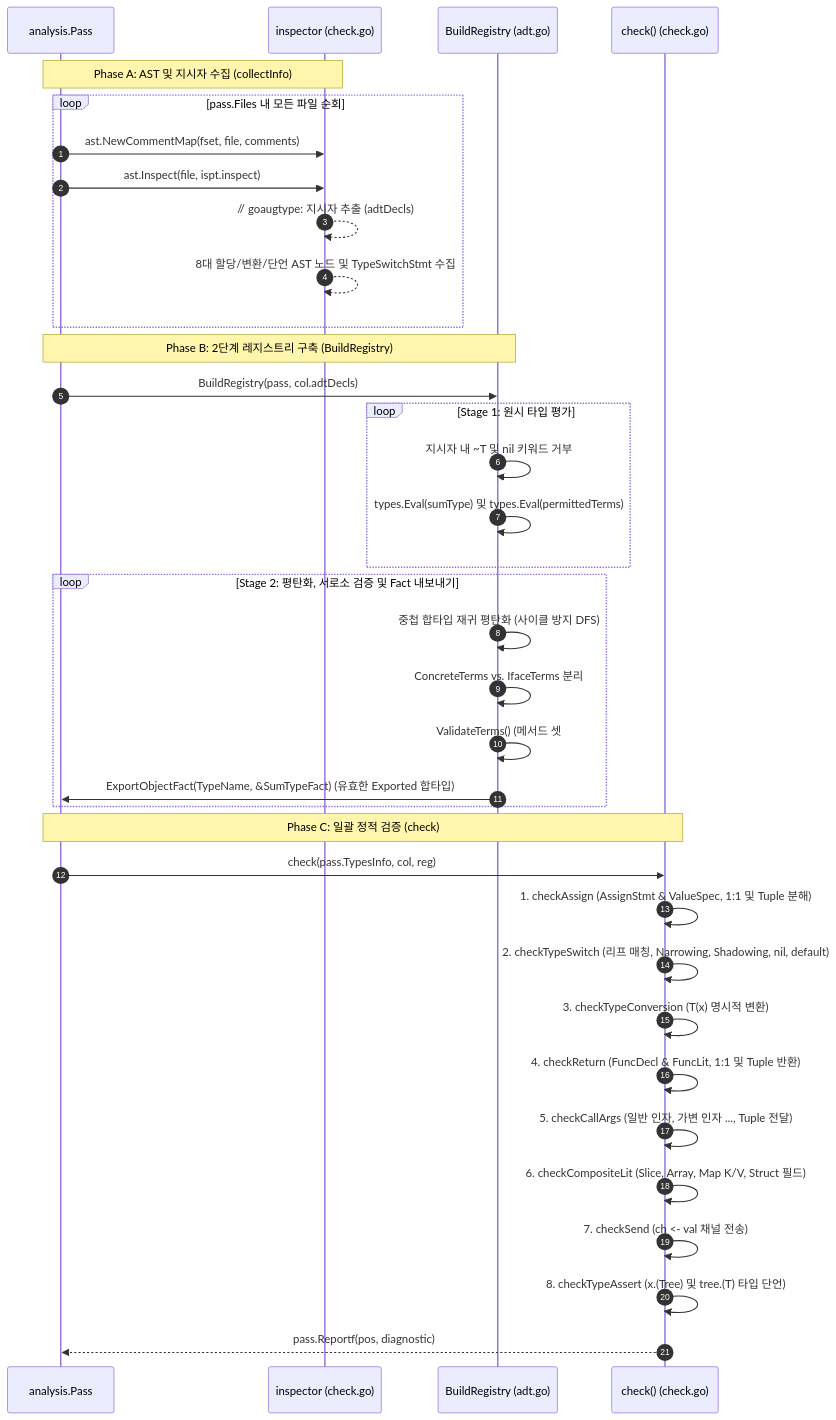
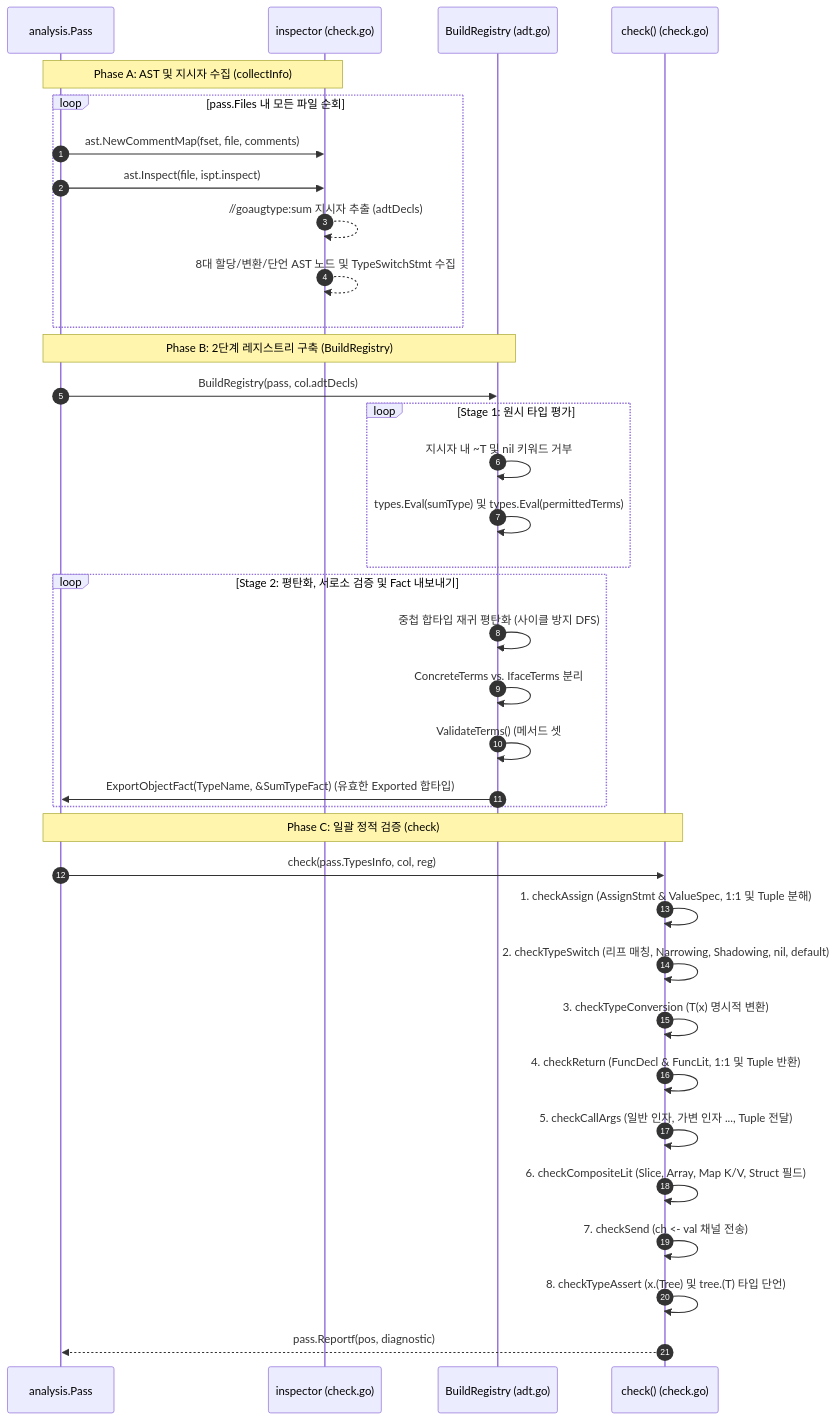
The second of 7 diagrams in docs/ARCHITECTURE.ko.md (routis819/goaugtype), drawn with Mermaid before and after one commit. The commit also changed other lines of this file and 19 other files, not shown here.

Commit message:
feat!: unify CLI binary to cmd/goaugtype and adopt //goaugtype:sum directive (#17)

````diff
--- a/docs/ARCHITECTURE.ko.md
+++ b/docs/ARCHITECTURE.ko.md
@@ -70,41 +70,41 @@
 ```mermaid
 sequenceDiagram
     autonumber
     participant Pass as analysis.Pass
     participant Insp as inspector (check.go)
     participant Reg as BuildRegistry (adt.go)
     participant Chk as check() (check.go)
 
     Note over Pass,Insp: Phase A: AST 및 지시자 수집 (collectInfo)
     loop pass.Files 내 모든 파일 순회
         Pass->>Insp: ast.NewCommentMap(fset, file, comments)
         Pass->>Insp: ast.Inspect(file, ispt.inspect)
-        Insp-->>Insp: // goaugtype: 지시자 추출 (adtDecls)
+        Insp-->>Insp: //goaugtype:sum 지시자 추출 (adtDecls)
         Insp-->>Insp: 8대 할당/변환/단언 AST 노드 및 TypeSwitchStmt 수집
     end
 
     Note over Pass,Reg: Phase B: 2단계 레지스트리 구축 (BuildRegistry)
     Pass->>Reg: BuildRegistry(pass, col.adtDecls)
     loop Stage 1: 원시 타입 평가
         Reg->>Reg: 지시자 내 ~T 및 nil 키워드 거부
         Reg->>Reg: types.Eval(sumType) 및 types.Eval(permittedTerms)
     end
     loop Stage 2: 평탄화, 서로소 검증 및 Fact 내보내기
         Reg->>Reg: 중첩 합타입 재귀 평탄화 (사이클 방지 DFS)
         Reg->>Reg: ConcreteTerms vs. IfaceTerms 분리
         Reg->>Reg: ValidateTerms() (메서드 셋 #9 + 쌍별 서로소 검증)
         Reg->>Pass: ExportObjectFact(TypeName, &SumTypeFact) (유효한 Exported 합타입)
     end
 
     Note over Pass,Chk: Phase C: 일괄 정적 검증 (check)
     Pass->>Chk: check(pass.TypesInfo, col, reg)
     Chk->>Chk: 1. checkAssign (AssignStmt & ValueSpec, 1:1 및 Tuple 분해)
     Chk->>Chk: 2. checkTypeSwitch (리프 매칭, Narrowing, Shadowing, nil, default)
     Chk->>Chk: 3. checkTypeConversion (T(x) 명시적 변환)
     Chk->>Chk: 4. checkReturn (FuncDecl & FuncLit, 1:1 및 Tuple 반환)
     Chk->>Chk: 5. checkCallArgs (일반 인자, 가변 인자 ..., Tuple 전달)
     Chk->>Chk: 6. checkCompositeLit (Slice, Array, Map K/V, Struct 필드)
     Chk->>Chk: 7. checkSend (ch <- val 채널 전송)
     Chk->>Chk: 8. checkTypeAssert (x.(Tree) 및 tree.(T) 타입 단언)
     Chk-->>Pass: pass.Reportf(pos, diagnostic)
 ```
````
